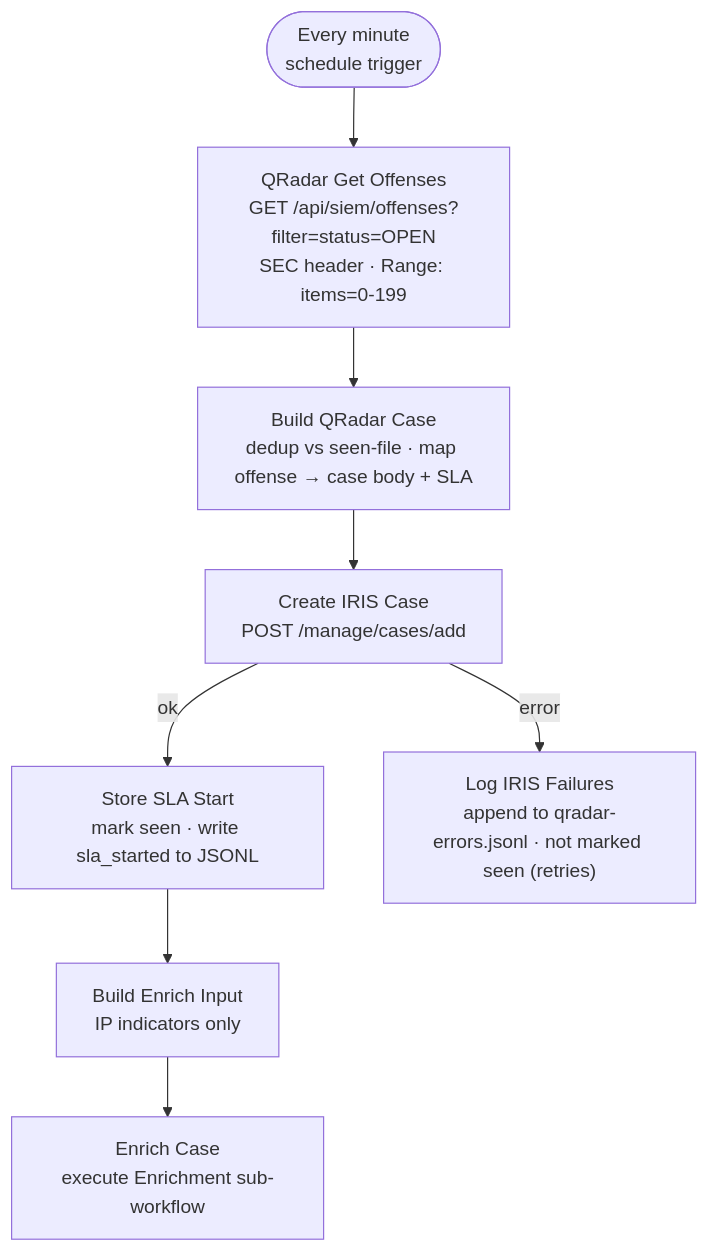
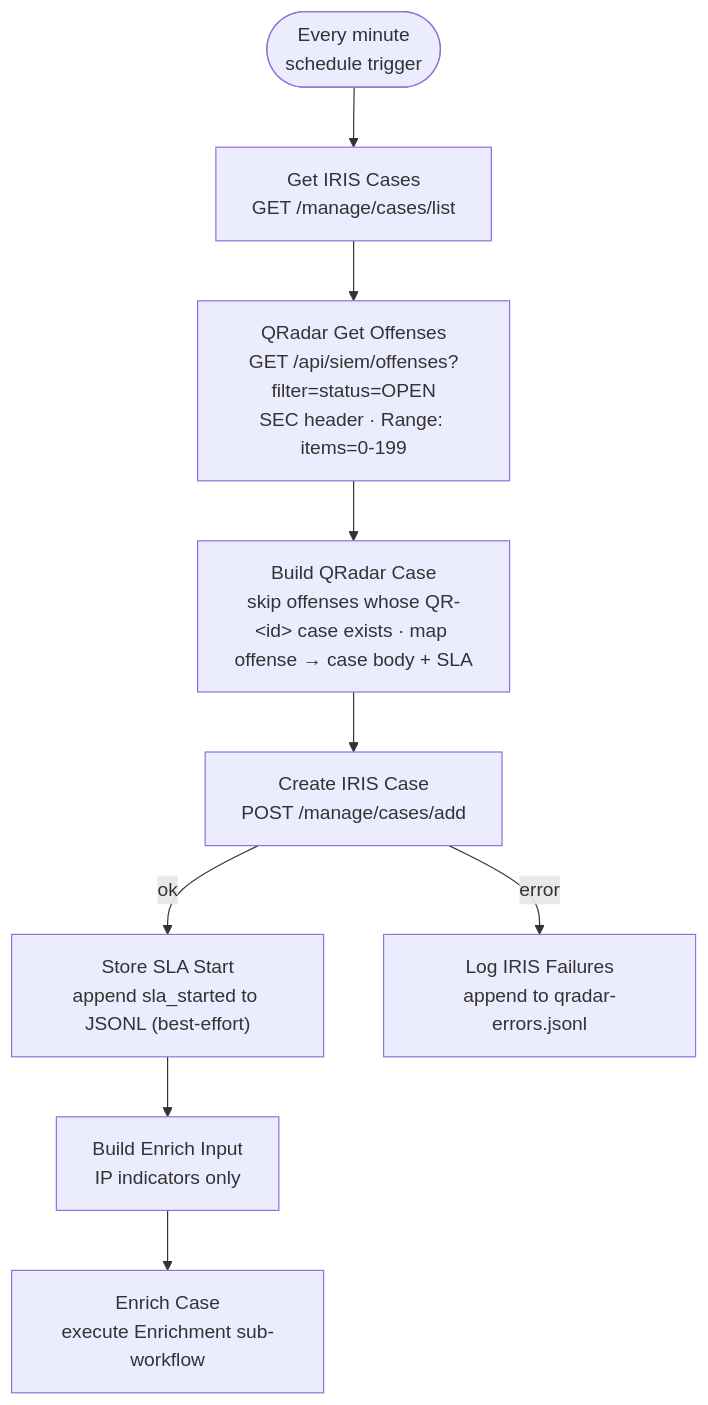
One commit to yusif-v/Z-SIEM changed the diagram in docs/workflows/qradar-offense-to-case.md. Above: the diagram before and after it, drawn with Mermaid. The commit also changed other lines of this file and 2 other files, not shown here.

First line of the commit message:
fix(z-siem): make QRadar dedup authoritative against IRIS (no more duplicates)

````diff
--- a/docs/workflows/qradar-offense-to-case.md
+++ b/docs/workflows/qradar-offense-to-case.md
@@ -14,10 +19,11 @@
 ```mermaid
 flowchart TD
-    A(["Every minute<br/>schedule trigger"]) --> B["QRadar Get Offenses<br/>GET /api/siem/offenses?filter=status=OPEN<br/>SEC header · Range: items=0-199"]
-    B --> C["Build QRadar Case<br/>dedup vs seen-file · map offense → case body + SLA"]
+    A(["Every minute<br/>schedule trigger"]) --> G["Get IRIS Cases<br/>GET /manage/cases/list"]
+    G --> B["QRadar Get Offenses<br/>GET /api/siem/offenses?filter=status=OPEN<br/>SEC header · Range: items=0-199"]
+    B --> C["Build QRadar Case<br/>skip offenses whose QR-&lt;id&gt; case exists · map offense → case body + SLA"]
     C --> D["Create IRIS Case<br/>POST /manage/cases/add"]
-    D -- ok --> E["Store SLA Start<br/>mark seen · write sla_started to JSONL"]
-    D -- error --> X["Log IRIS Failures<br/>append to qradar-errors.jsonl · not marked seen (retries)"]
+    D -- ok --> E["Store SLA Start<br/>append sla_started to JSONL (best-effort)"]
+    D -- error --> X["Log IRIS Failures<br/>append to qradar-errors.jsonl"]
     E --> F["Build Enrich Input<br/>IP indicators only"]
-    F --> G["Enrich Case<br/>execute Enrichment sub-workflow"]
+    F --> H["Enrich Case<br/>execute Enrichment sub-workflow"]
 ```
````
